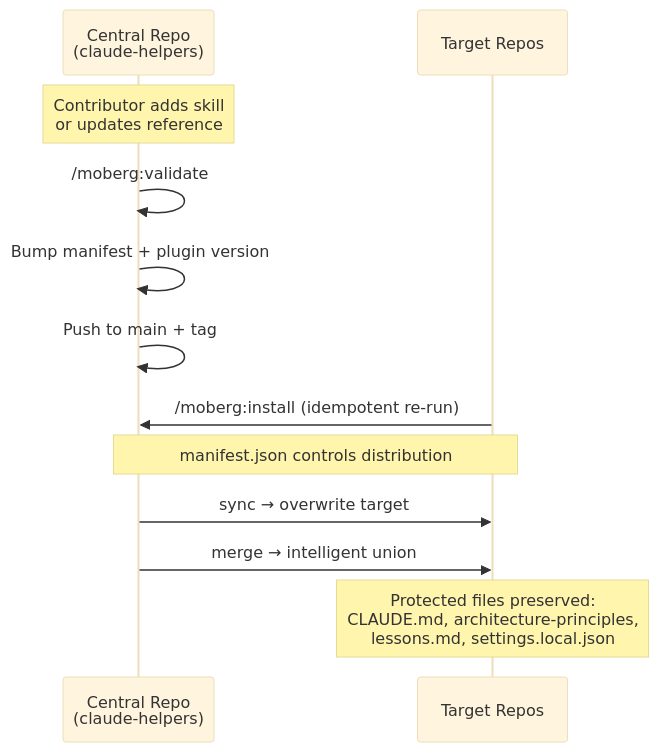
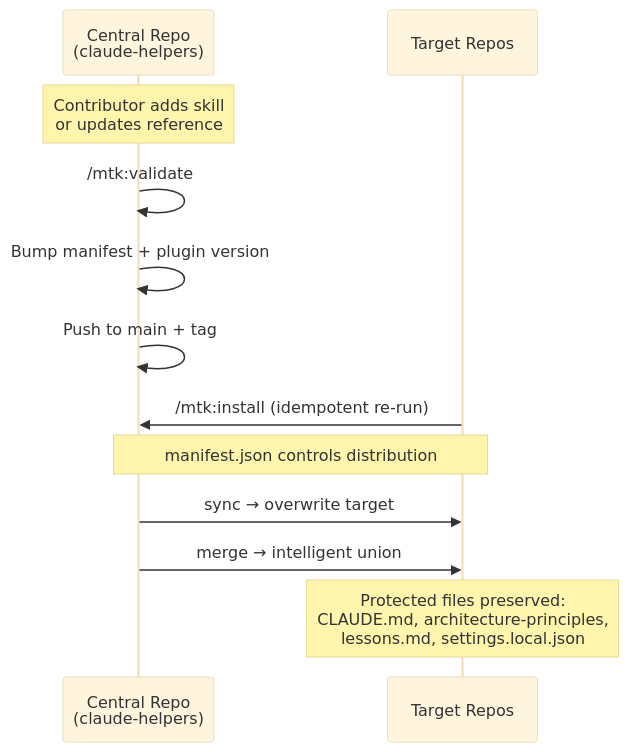
The eighth of 8 diagrams in README.md (moberghr/mtk-agent-toolkit), drawn with Mermaid (base theme) before and after one commit. The commit also changed other lines of this file and 21 other files, not shown here.

````diff
--- a/README.md
+++ b/README.md
@@ -468,17 +468,17 @@
 ```mermaid
 sequenceDiagram
     participant C as Central Repo<br/>(claude-helpers)
     participant T as Target Repos
 
     Note over C: Contributor adds skill<br/>or updates reference
-    C->>C: /moberg:validate
+    C->>C: /mtk:validate
     C->>C: Bump manifest + plugin version
     C->>C: Push to main + tag
 
-    T->>C: /moberg:install (idempotent re-run)
+    T->>C: /mtk:install (idempotent re-run)
     Note over C,T: manifest.json controls distribution
 
     C->>T: sync → overwrite target
     C->>T: merge → intelligent union
     Note over T: Protected files preserved:<br/>CLAUDE.md, architecture-principles,<br/>lessons.md, settings.local.json
 ```
````
